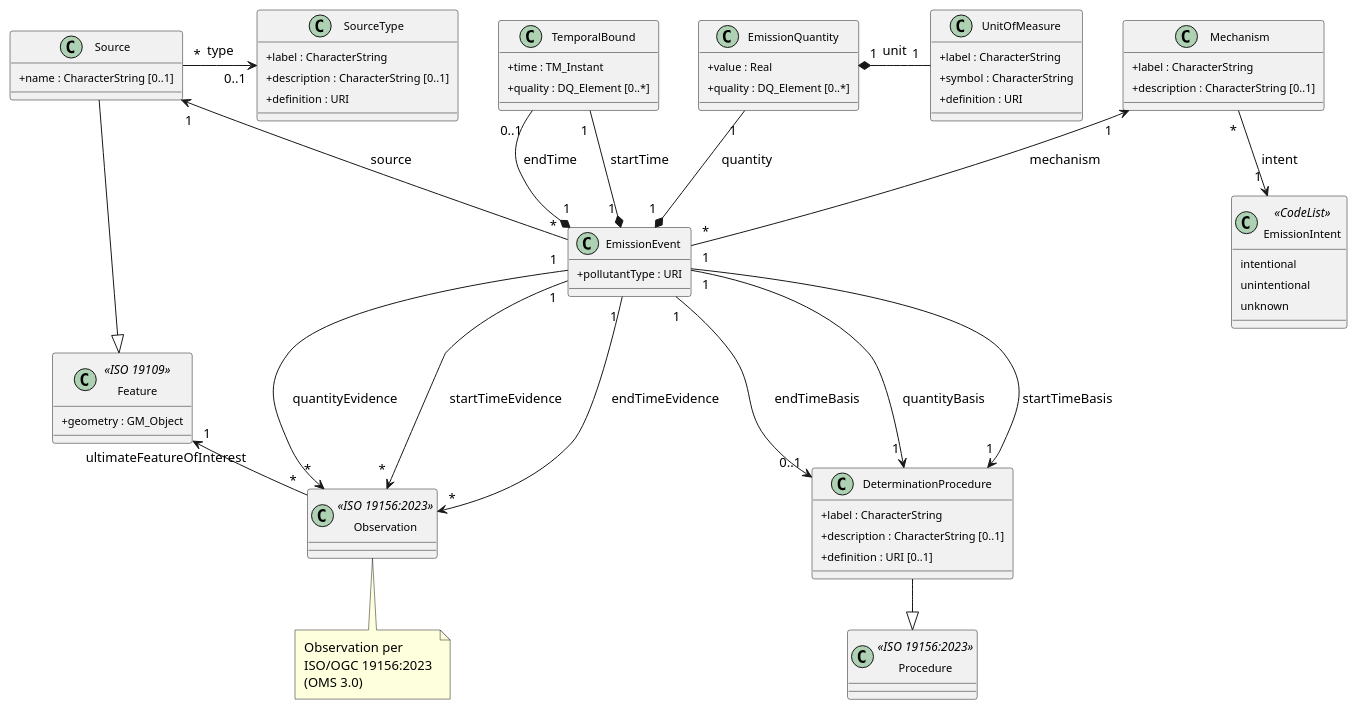
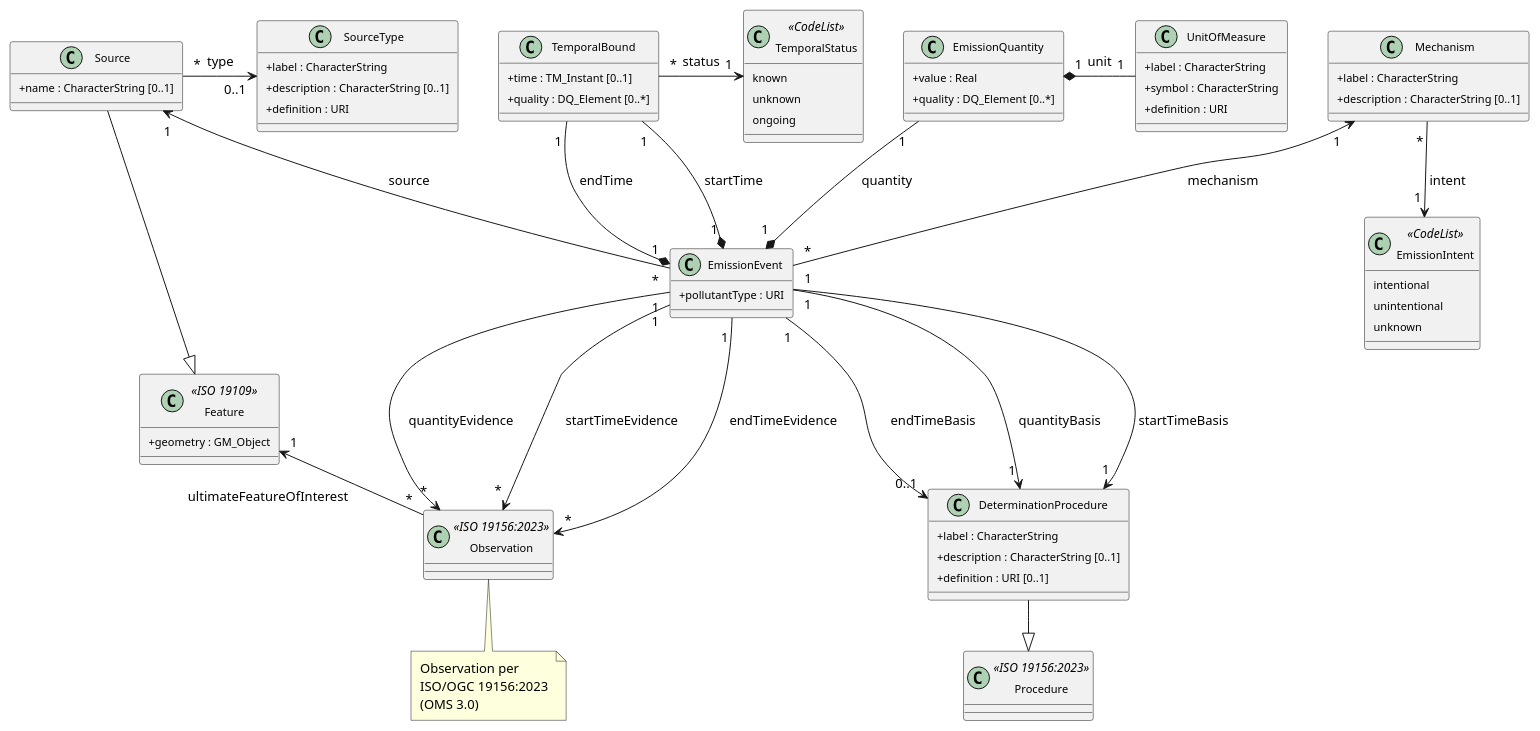
One commit to opengeospatial/EmissionML changed the diagram in images/core-emissionml-class.puml. Above: the diagram before and after it, drawn with PlantUML. The commit also changed 2 other files, not shown here.

Commit message:
Sync PlantUML diagram with TemporalStatus model changes

```diff
--- a/images/core-emissionml-class.puml
+++ b/images/core-emissionml-class.puml
@@ -1,127 +1,134 @@
 @startuml core-emissionml-class
 ' EmissionML Abstract Conceptual Model (2026-02-04)
 ' EmissionEvent centered, relationships radiate outward
 
 skinparam classAttributeIconSize 0
 skinparam nodesep 40
 skinparam ranksep 50
 skinparam padding 3
 skinparam classFontSize 13
 skinparam classAttributeFontSize 11
 
 ' ── Top row: Source, SourceType, TemporalBound, EmissionQuantity, Mechanism ──
 class Source {
   +name : CharacterString [0..1]
 }
 
 class SourceType {
   +label : CharacterString
   +description : CharacterString [0..1]
   +definition : URI
 }
 
 class TemporalBound {
-  +time : TM_Instant
+  +time : TM_Instant [0..1]
   +quality : DQ_Element [0..*]
+}
+
+class TemporalStatus <<CodeList>> {
+  known
+  unknown
+  ongoing
 }
 
 class EmissionQuantity {
   +value : Real
   +quality : DQ_Element [0..*]
 }
 
 class Mechanism {
   +label : CharacterString
   +description : CharacterString [0..1]
 }
 
 Source -[hidden]right- SourceType
 SourceType -[hidden]right- TemporalBound
 TemporalBound -[hidden]right- EmissionQuantity
 EmissionQuantity -[hidden]right- UnitOfMeasure
 UnitOfMeasure -[hidden]right- Mechanism
 
 ' ── Middle row: EmissionEvent ──
 class EmissionEvent {
   +pollutantType : URI
 }
 
 ' ── Bottom row: Observation, DeterminationProcedure ──
 class Observation <<ISO 19156:2023>> {
 }
 
 class DeterminationProcedure {
   +label : CharacterString
   +description : CharacterString [0..1]
   +definition : URI [0..1]
 }
 
 Observation -[hidden]right- DeterminationProcedure
 
 ' ── Outer: leaf classes ──
 class UnitOfMeasure {
   +label : CharacterString
   +symbol : CharacterString
   +definition : URI
 }
 
 class Feature <<ISO 19109>> {
   +geometry : GM_Object
 }
 
 class EmissionIntent <<CodeList>> {
   intentional
   unintentional
   unknown
 }
 
 class Procedure <<ISO 19156:2023>> {
 }
 
 note bottom of Observation : Observation per\nISO/OGC 19156:2023\n(OMS 3.0)
 
 ' ── Inheritance ──
 Source -down-|> Feature
 DeterminationProcedure -down-|> Procedure
 
 ' ── Layout: vertical alignment ──
 TemporalBound -[hidden]down- EmissionEvent
 EmissionQuantity -[hidden]down- EmissionEvent
 Mechanism -[hidden]down- DeterminationProcedure
 EmissionEvent -[hidden]down- Observation
 
 ' ── Layout: leaf positioning ──
 Mechanism -[hidden]down- EmissionIntent
 
 ' ── Composition: up to TemporalBound ──
 EmissionEvent "1" *-up- "1" TemporalBound : startTime
-EmissionEvent "1" *-up- "0..1" TemporalBound : endTime
+EmissionEvent "1" *-up- "1" TemporalBound : endTime
 
 ' ── Composition: up to EmissionQuantity (unit follows) ──
 EmissionEvent "1" *-up- "1" EmissionQuantity : quantity
 EmissionQuantity "1" *-down- "1" UnitOfMeasure : unit
 
 ' ── Association: up to Source ──
 EmissionEvent "*" -up-> "1" Source : source
 
 ' ── Association: up-right to Mechanism ──
 EmissionEvent "*" -up-> "1" Mechanism : mechanism
 
 ' ── Evidence: down to Observation ──
 EmissionEvent "1" -down-> "*" Observation : quantityEvidence
 EmissionEvent "1" -down-> "*" Observation : startTimeEvidence
 EmissionEvent "1" -down-> "*" Observation : endTimeEvidence
 
 ' ── Basis: down to DeterminationProcedure ──
 EmissionEvent "1" -down-> "1" DeterminationProcedure : startTimeBasis
 EmissionEvent "1" -down-> "0..1" DeterminationProcedure : endTimeBasis
 EmissionEvent "1" -down-> "1" DeterminationProcedure : quantityBasis
 
 ' ── Observation target ──
 Observation "*" -left-> "1" Feature : ultimateFeatureOfInterest
 
 ' ── Leaf relationships ──
 Source "*" -right-> "0..1" SourceType : type
 Mechanism "*" -down-> "1" EmissionIntent : intent
+TemporalBound "*" -right-> "1" TemporalStatus : status
 
 @enduml
```
